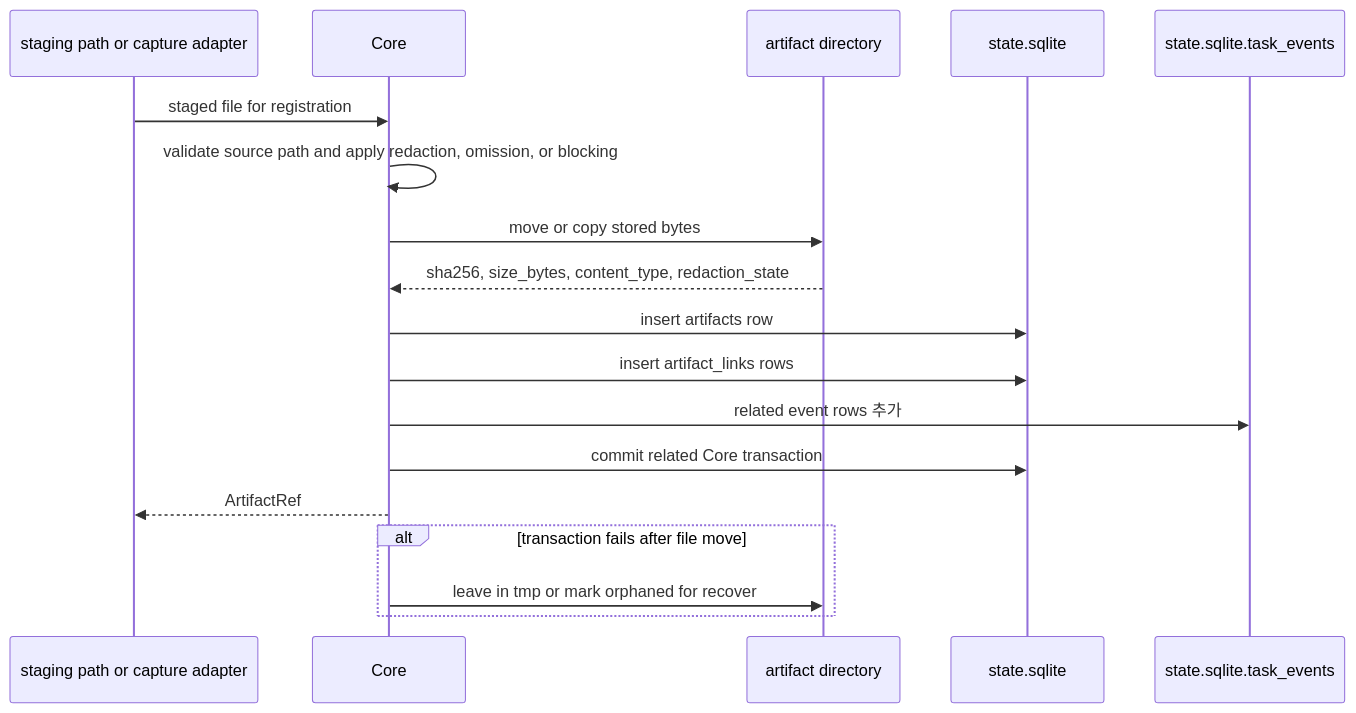
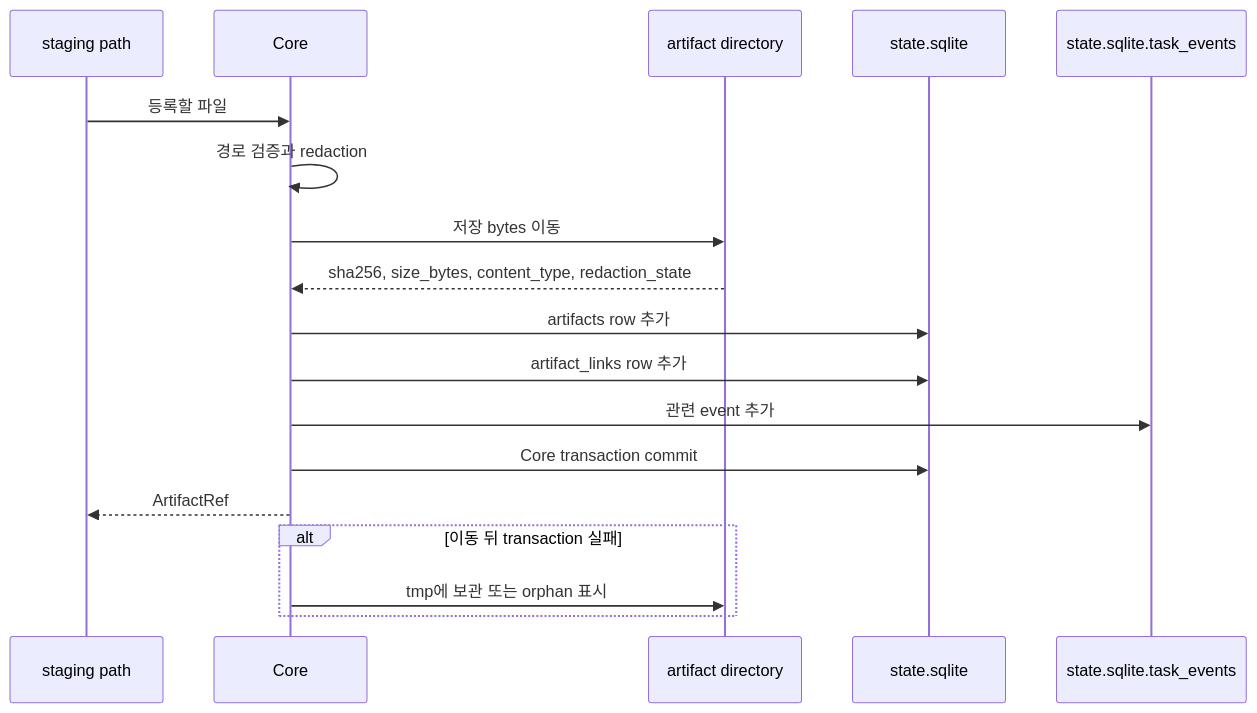
Before and after one commit to minjungw00/Harness_Project: the fourth of 9 diagrams in docs/ko/reference/storage-and-ddl.md, drawn with Mermaid. The commit also changed other lines of this file and 20 other files, not shown here.

Commit message:
docs: refresh diagrams for staged authority model

````diff
--- a/docs/ko/reference/storage-and-ddl.md
+++ b/docs/ko/reference/storage-and-ddl.md
@@ -1277,21 +1277,21 @@
 ```mermaid
 sequenceDiagram
-  participant Capture as staging path or capture adapter
+  participant Capture as staging path
   participant Core as Core
   participant Store as artifact directory
   participant State as state.sqlite
   participant Events as state.sqlite.task_events
 
-  Capture->>Core: staged file for registration
-  Core->>Core: validate source path and apply redaction, omission, or blocking
-  Core->>Store: move or copy stored bytes
+  Capture->>Core: 등록할 파일
+  Core->>Core: 경로 검증과 redaction
+  Core->>Store: 저장 bytes 이동
   Store-->>Core: sha256, size_bytes, content_type, redaction_state
-  Core->>State: insert artifacts row
-  Core->>State: insert artifact_links rows
-  Core->>Events: related event rows 추가
-  Core->>State: commit related Core transaction
+  Core->>State: artifacts row 추가
+  Core->>State: artifact_links row 추가
+  Core->>Events: 관련 event 추가
+  Core->>State: Core transaction commit
   Core-->>Capture: ArtifactRef
-  alt transaction fails after file move
-    Core->>Store: leave in tmp or mark orphaned for recover
+  alt 이동 뒤 transaction 실패
+    Core->>Store: tmp에 보관 또는 orphan 표시
   end
 ```
````
